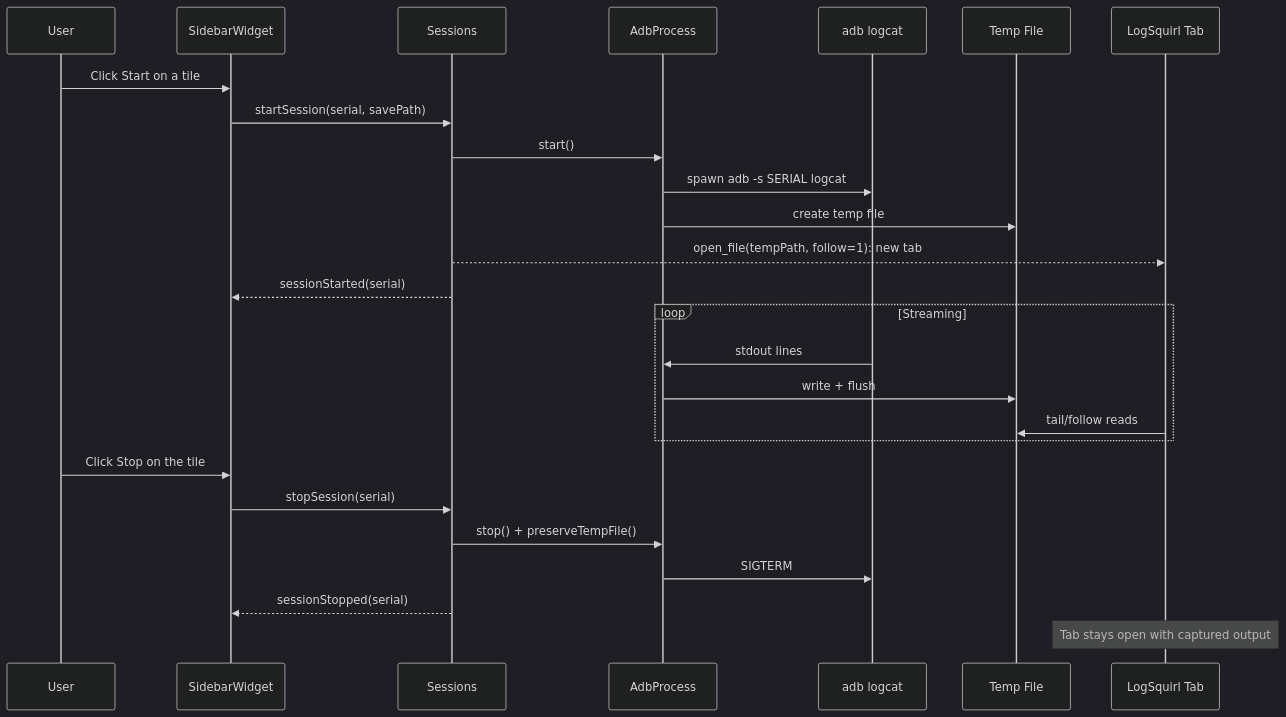
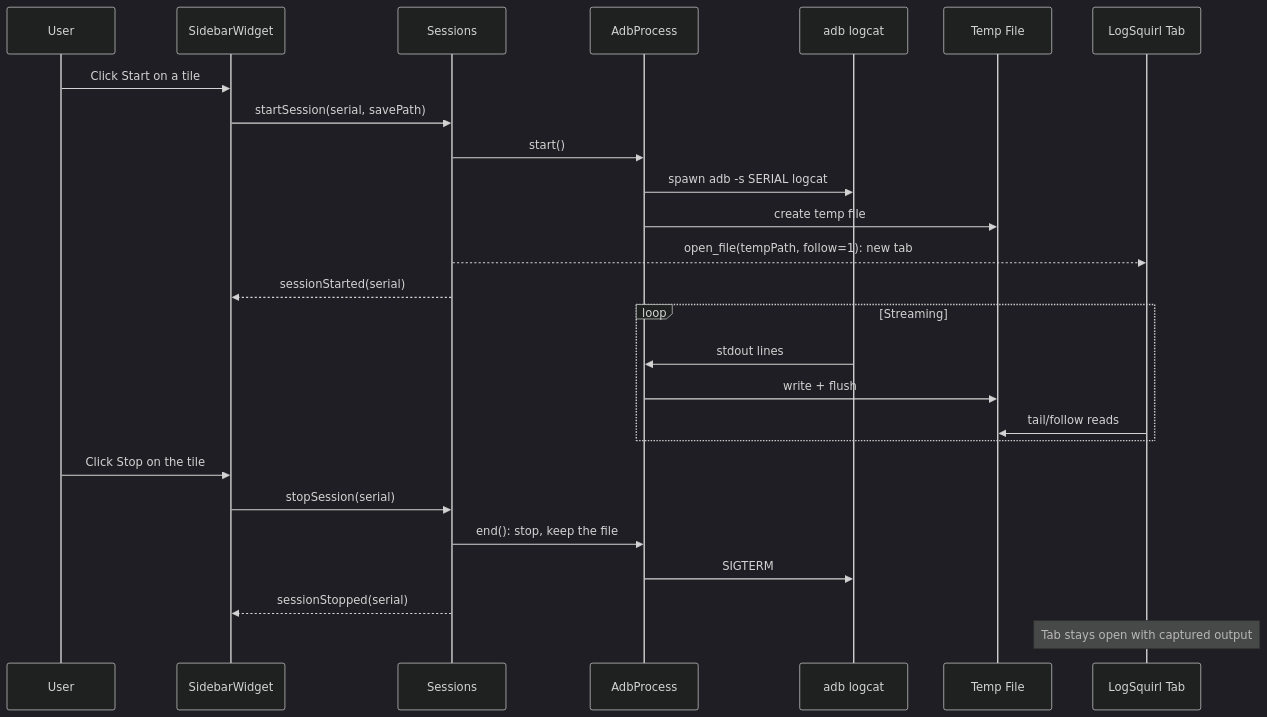
Before and after one commit to 64x-lunicorn/LogSquirl-Logcat: the second of 3 diagrams in README.md, drawn with Mermaid (dark theme). The commit also changed other lines of this file and 42 other files, not shown here.

````diff
--- a/README.md
+++ b/README.md
@@ -263,29 +271,29 @@
 ```mermaid
 sequenceDiagram
     participant User
     participant SW as SidebarWidget
     participant S as Sessions
     participant AP as AdbProcess
     participant ADB as adb logcat
     participant TF as Temp File
     participant LS as LogSquirl Tab
 
     User->>SW: Click Start on a tile
     SW->>S: startSession(serial, savePath)
     S->>AP: start()
     AP->>ADB: spawn adb -s SERIAL logcat
     AP->>TF: create temp file
     S-->>LS: open_file(tempPath, follow=1): new tab
     S-->>SW: sessionStarted(serial)
     loop Streaming
         ADB->>AP: stdout lines
         AP->>TF: write + flush
         LS->>TF: tail/follow reads
     end
     User->>SW: Click Stop on the tile
     SW->>S: stopSession(serial)
-    S->>AP: stop() + preserveTempFile()
+    S->>AP: end(): stop, keep the file
     AP->>ADB: SIGTERM
     S-->>SW: sessionStopped(serial)
     Note over LS: Tab stays open with captured output
 ```
````
